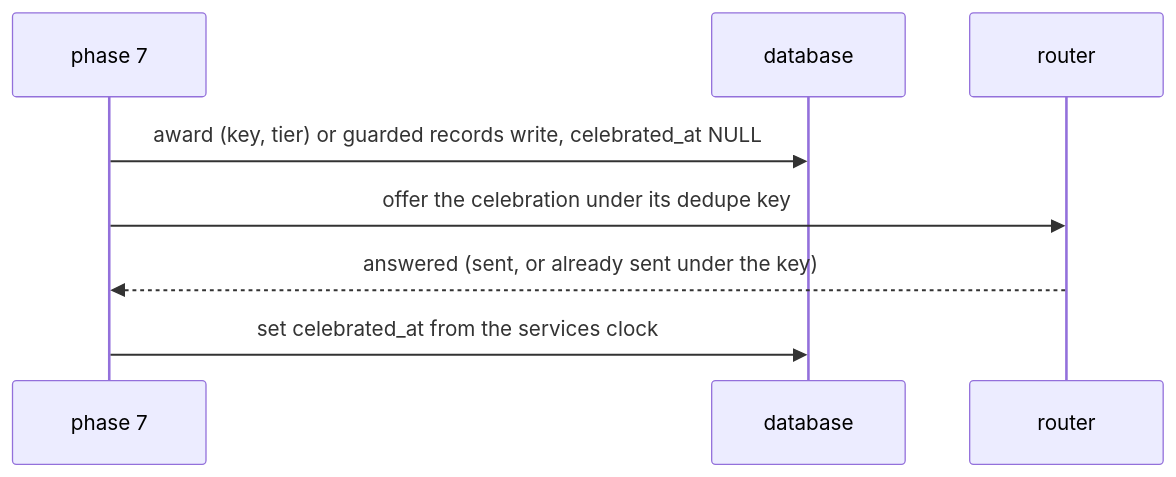
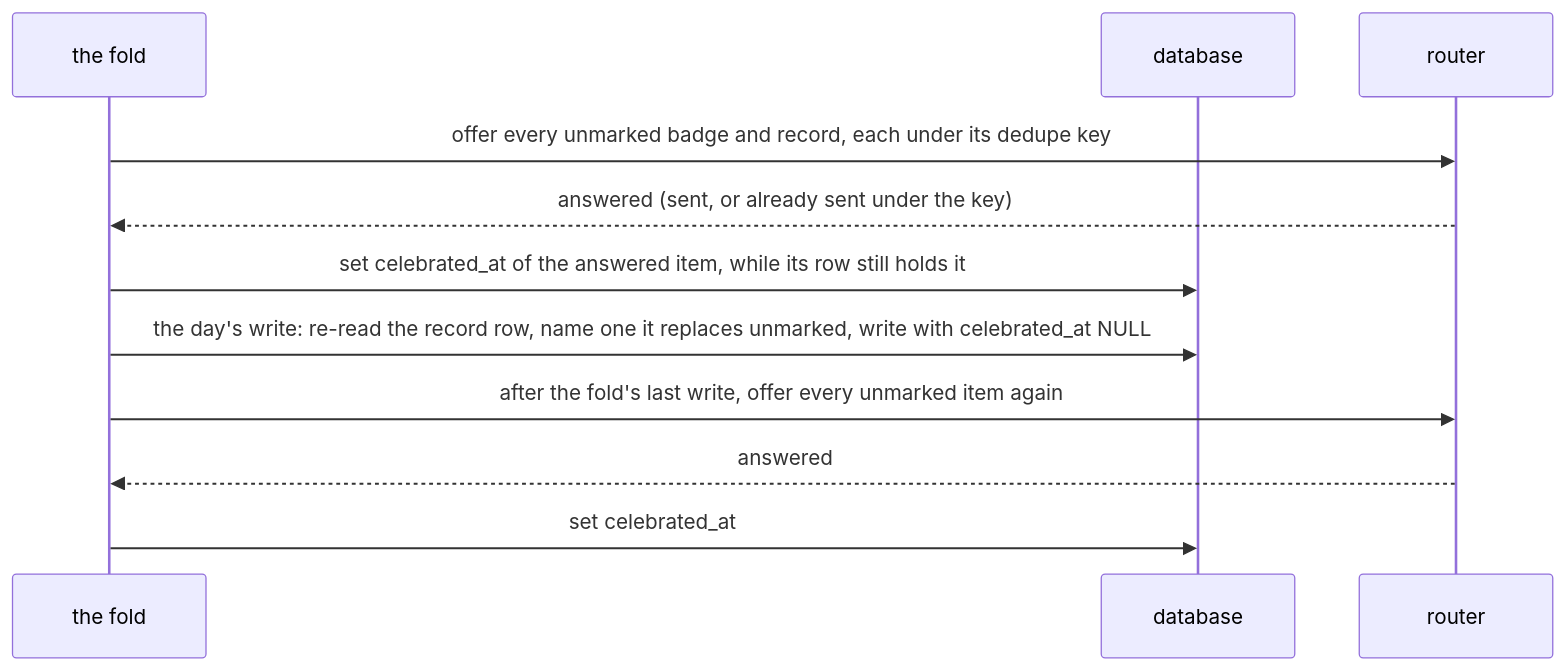
One commit to RexRenatus/deck-streak changed the second of 2 diagrams in docs/schematics/badges-records-and-the-next-milestone.md. Above: the diagram before and after it, drawn with Mermaid. The commit also changed other lines of this file and 2 other files, not shown here.

Commit message:
docs(adr): record offers between writes and a re-checked records write

````diff
--- a/docs/schematics/badges-records-and-the-next-milestone.md
+++ b/docs/schematics/badges-records-and-the-next-milestone.md
@@ -33,10 +34,13 @@
 ```mermaid
 sequenceDiagram
-  participant F as phase 7
+  participant F as the fold
   participant D as database
   participant R as router
-  F->>D: award (key, tier) or guarded records write, celebrated_at NULL
-  F->>R: offer the celebration under its dedupe key
+  F->>R: offer every unmarked badge and record, each under its dedupe key
   R-->>F: answered (sent, or already sent under the key)
-  F->>D: set celebrated_at from the services clock
+  F->>D: set celebrated_at of the answered item, while its row still holds it
+  F->>D: the day's write: re-read the record row, name one it replaces unmarked, write with celebrated_at NULL
+  F->>R: after the fold's last write, offer every unmarked item again
+  R-->>F: answered
+  F->>D: set celebrated_at
 ```
````
